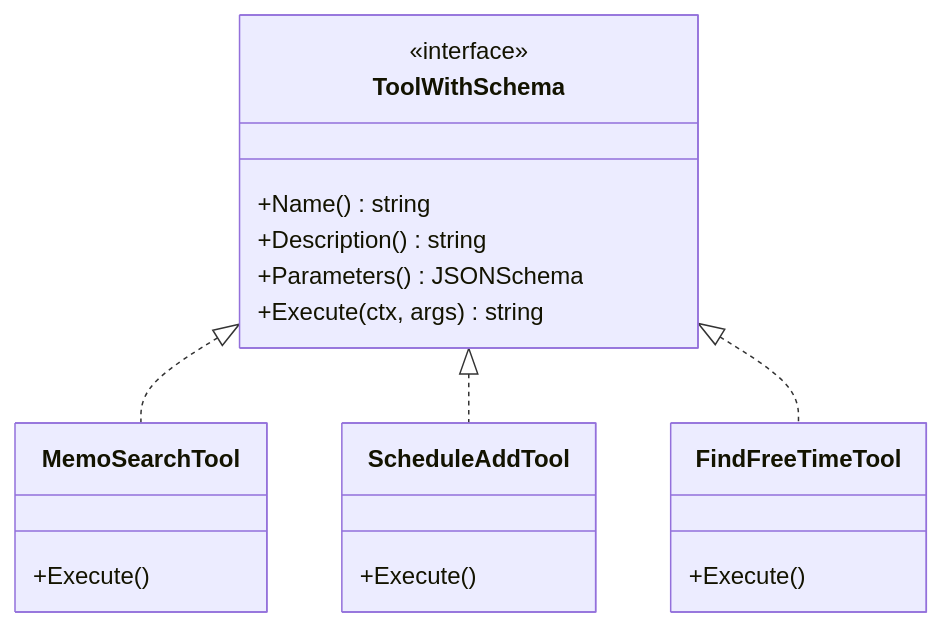
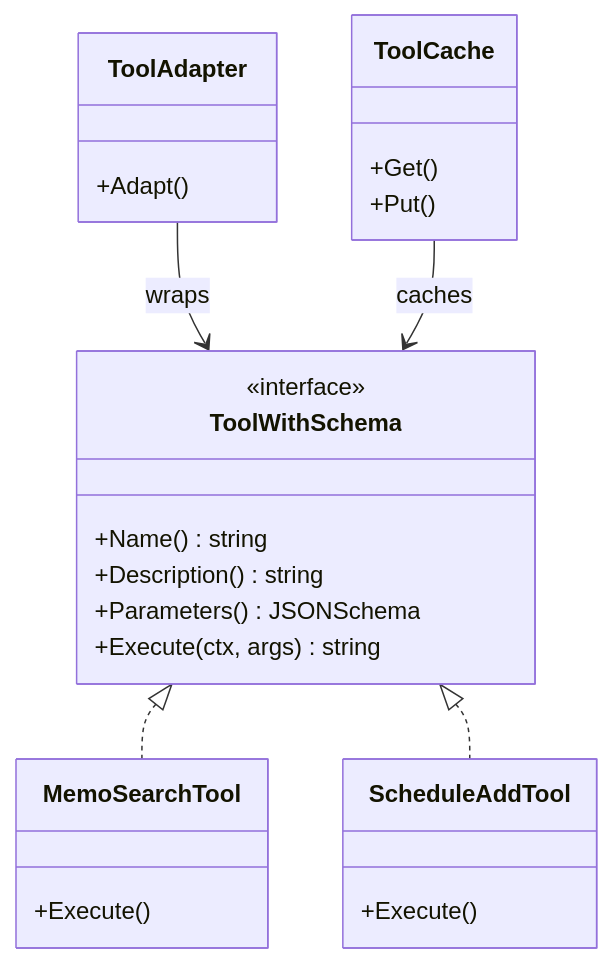
One commit to 88lin/divinesense changed the diagram in ai/agents/tools/README.md. Above: the diagram before and after it, drawn with Mermaid. The commit also changed other lines of this file and 27 other files, not shown here.

````diff
--- a/ai/agents/tools/README.md
+++ b/ai/agents/tools/README.md
@@ -7,23 +7,28 @@
 ```mermaid
 classDiagram
     class ToolWithSchema {
         <<interface>>
         +Name() string
         +Description() string
         +Parameters() JSONSchema
         +Execute(ctx, args) string
     }
     class MemoSearchTool {
         +Execute()
     }
     class ScheduleAddTool {
         +Execute()
     }
-    class FindFreeTimeTool {
-        +Execute()
+    class ToolAdapter {
+        +Adapt()
     }
-    
+    class ToolCache {
+        +Get()
+        +Put()
+    }
+
     ToolWithSchema <|.. MemoSearchTool
     ToolWithSchema <|.. ScheduleAddTool
-    ToolWithSchema <|.. FindFreeTimeTool
+    ToolAdapter --> ToolWithSchema : wraps
+    ToolCache --> ToolWithSchema : caches
 ```
````
